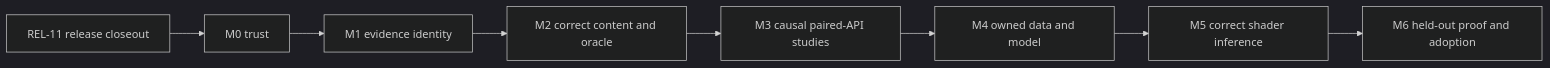
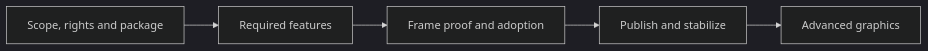
Before and after one commit to stoleckipawel/SparkleEngine: the diagram in Docs/Strategy/Roadmap.md, drawn with Mermaid (dark theme). The commit also changed other lines of this file and 69 other files, not shown here.

````diff
--- a/Docs/Strategy/Roadmap.md
+++ b/Docs/Strategy/Roadmap.md
@@ -616,10 +27,7 @@
 ```mermaid
 flowchart LR
-    Release[REL-11 release closeout] --> Trust[M0 trust]
-    Trust --> Evidence[M1 evidence identity]
-    Evidence --> Correct[M2 correct content and oracle]
-    Correct --> Classical[M3 causal paired-API studies]
-    Classical --> Train[M4 owned data and model]
-    Train --> Shader[M5 correct shader inference]
-    Shader --> Transfer[M6 held-out proof and adoption]
+    Prepare[Scope, rights and package] --> Features[Required features]
+    Features --> Prove[Frame proof and adoption]
+    Prove --> Publish[Publish and stabilize]
+    Publish --> Advanced[Advanced graphics]
 ```
````
